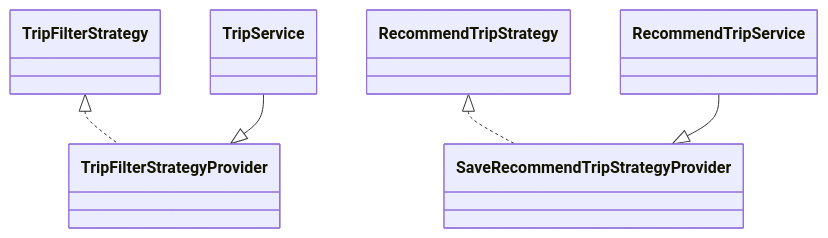
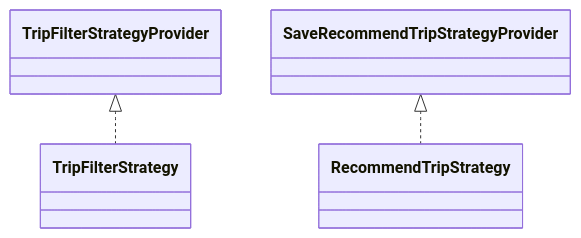
The second of 3 diagrams in gemini_Test.md (frog9088/markdown_testing), drawn with Mermaid before and after one commit. The commit also changed other lines of this file, not shown here.

````diff
--- a/gemini_Test.md
+++ b/gemini_Test.md
@@ -71,7 +34,5 @@
 ```mermaid
 classDiagram
-    TripFilterStrategy <|.. TripFilterStrategyProvider
-    RecommendTripStrategy <|.. SaveRecommendTripStrategyProvider
-    TripService --|> TripFilterStrategyProvider
-    RecommendTripService --|> SaveRecommendTripStrategyProvider
+    TripFilterStrategyProvider <|.. TripFilterStrategy
+    SaveRecommendTripStrategyProvider <|.. RecommendTripStrategy
 ```
````
